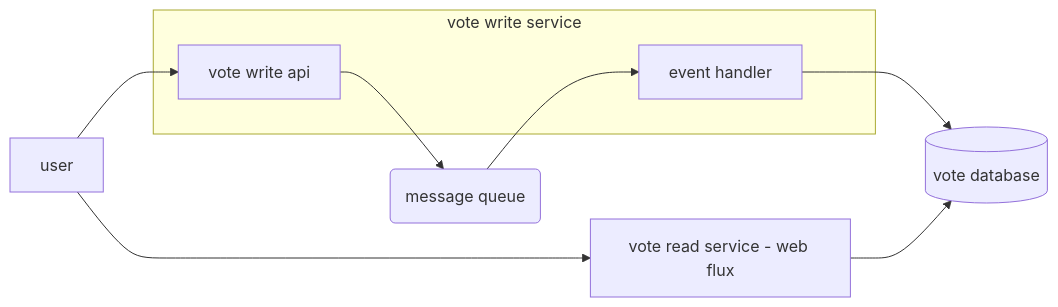
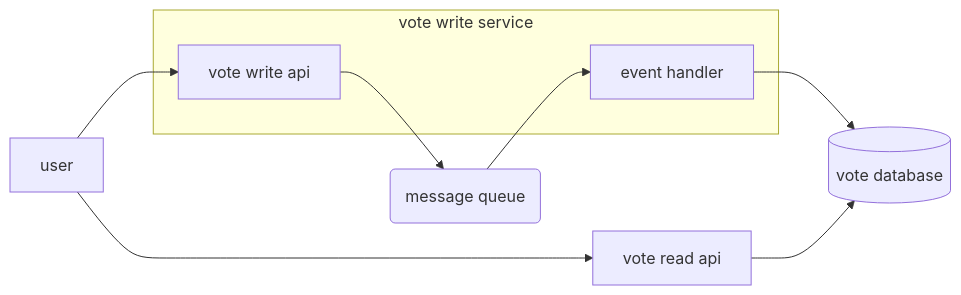
Before and after one commit to tkdlqh2/residents_meeting: the second of 2 diagrams in README.md, drawn with Mermaid. The commit also changed other lines of this file and 1 other file, not shown here.

Commit message:
read me 수정

````diff
--- a/README.md
+++ b/README.md
@@ -77,18 +77,18 @@
 ``` mermaid
 flowchart LR
     A[user]
     subgraph vote write service
     B[vote write api]    
     C[event handler]
     end
-    D[vote read service - web flux]
+    D[vote read api]
     E[(vote database)]
     F(message queue)
 
     A --> B
     B --> F
     F --> C
     C --> E
     D --> E
     A --> D
 ```
````
